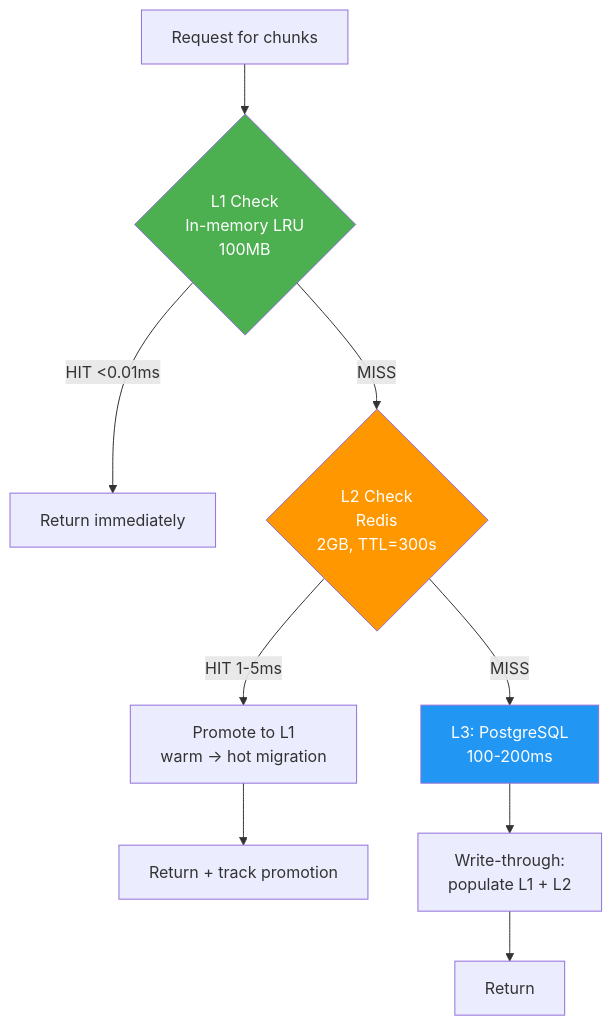
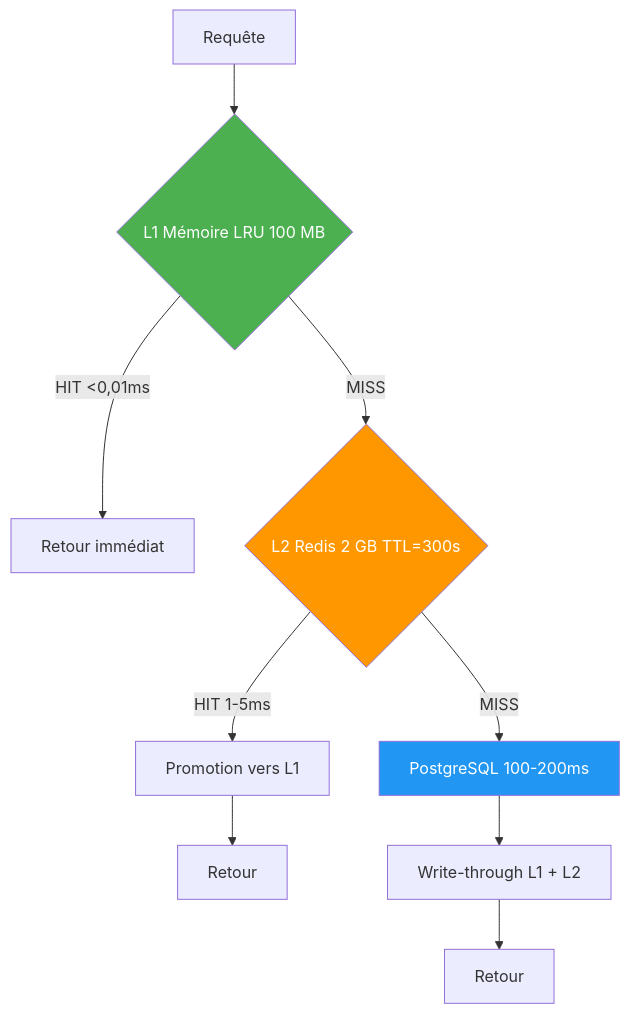
Before and after one commit to giak/mnemo-lite: the fifth of 10 diagrams in docs/ARCHITECTURE.md, drawn with Mermaid. The commit also changed other lines of this file and 1 other file, not shown here.

First line of the commit message:
docs: réécrire architecture en français avec diagrammes Mermaid valides

````diff
--- a/docs/ARCHITECTURE.md
+++ b/docs/ARCHITECTURE.md
@@ -202,18 +175,15 @@
 ```mermaid
 flowchart TD
-    Request[Request for chunks] --> L1{L1 Check<br/>In-memory LRU<br/>100MB}
-
-    L1 -->|HIT <0.01ms| Return1[Return immediately]
-    L1 -->|MISS| L2{L2 Check<br/>Redis<br/>2GB, TTL=300s}
-
-    L2 -->|HIT 1-5ms| Promote[Promote to L1<br/>warm → hot migration]
-    Promote --> Return2[Return + track promotion]
-    L2 -->|MISS| L3[L3: PostgreSQL<br/>100-200ms]
-
-    L3 --> WriteThrough[Write-through:<br/>populate L1 + L2]
-    WriteThrough --> Return3[Return]
+    Req[Requête] --> L1{L1 Mémoire LRU 100 MB}
+    L1 -->|HIT <0,01ms| R1[Retour immédiat]
+    L1 -->|MISS| L2{L2 Redis 2 GB TTL=300s}
+    L2 -->|HIT 1-5ms| Pr[Promotion vers L1]
+    Pr --> R2[Retour]
+    L2 -->|MISS| L3[PostgreSQL 100-200ms]
+    L3 --> WT[Write-through L1 + L2]
+    WT --> R3[Retour]
 
     style L1 fill:#4CAF50,color:#fff
     style L2 fill:#FF9800,color:#fff
     style L3 fill:#2196F3,color:#fff
 ```
````
